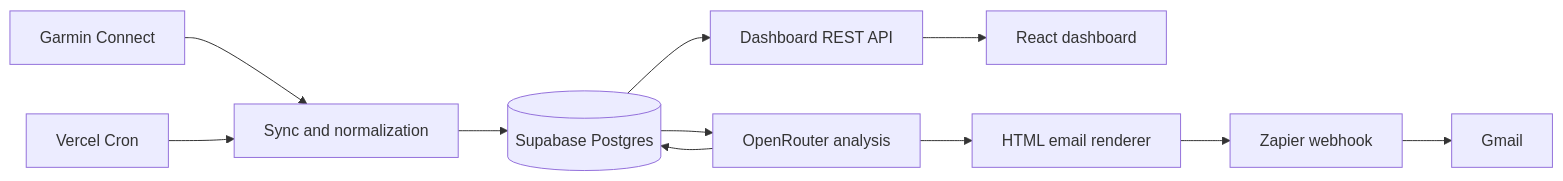
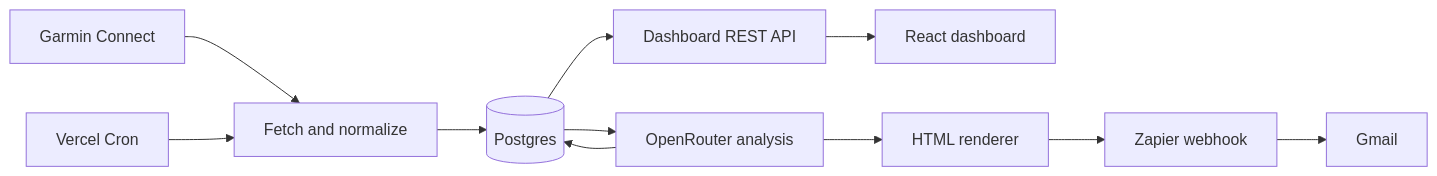
Before and after one commit to loadsmile/In-forma: the diagram in README.md, drawn with Mermaid. The commit also changed other lines of this file, not shown here.

````diff
--- a/README.md
+++ b/README.md
@@ -42,13 +52,13 @@
 ```mermaid
 flowchart LR
-    Garmin[Garmin Connect] --> Sync[Sync and normalization]
-    Sync --> DB[(Supabase Postgres)]
-    DB --> Analysis[OpenRouter analysis]
-    Analysis --> DB
+    Garmin[Garmin Connect] --> Sync[Fetch and normalize]
+    Sync --> DB[(Postgres)]
+    DB --> AI[OpenRouter analysis]
+    AI --> DB
     DB --> API[Dashboard REST API]
     API --> UI[React dashboard]
-    Analysis --> Email[HTML email renderer]
+    AI --> Email[HTML renderer]
     Email --> Zapier[Zapier webhook]
     Zapier --> Gmail[Gmail]
     Cron[Vercel Cron] --> Sync
 ```
````
